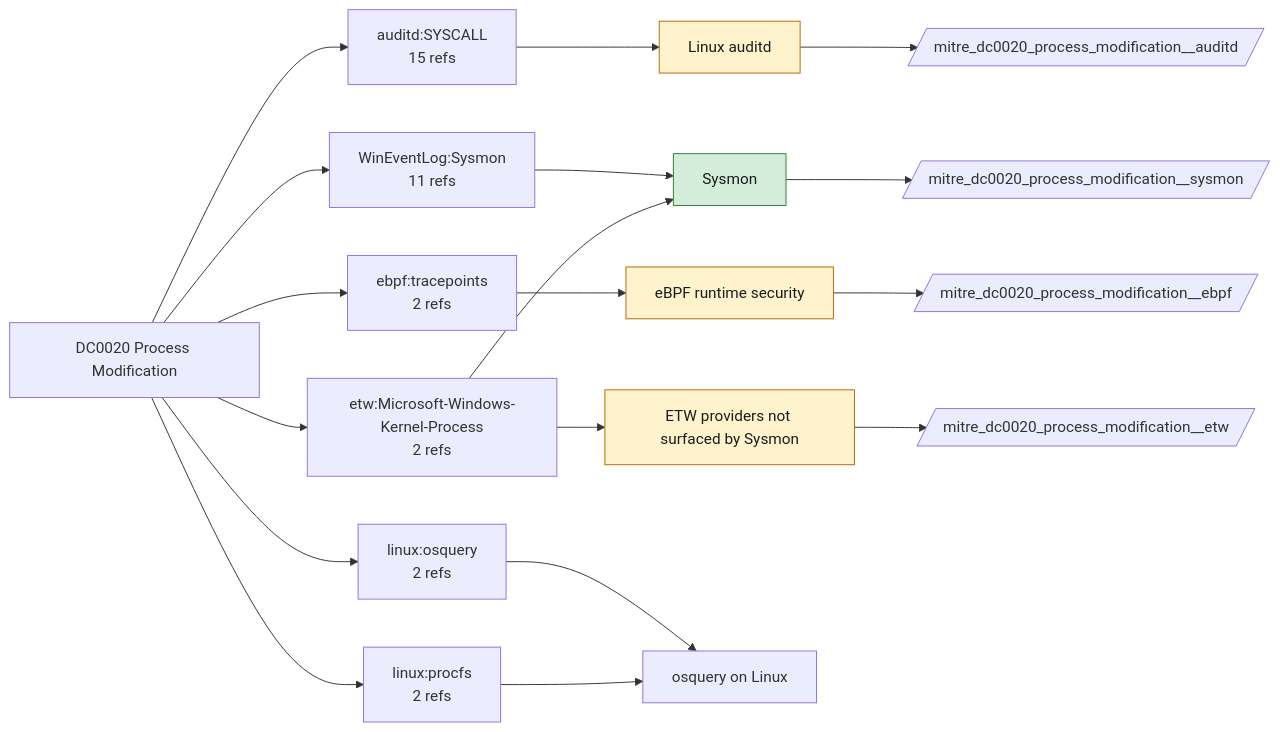
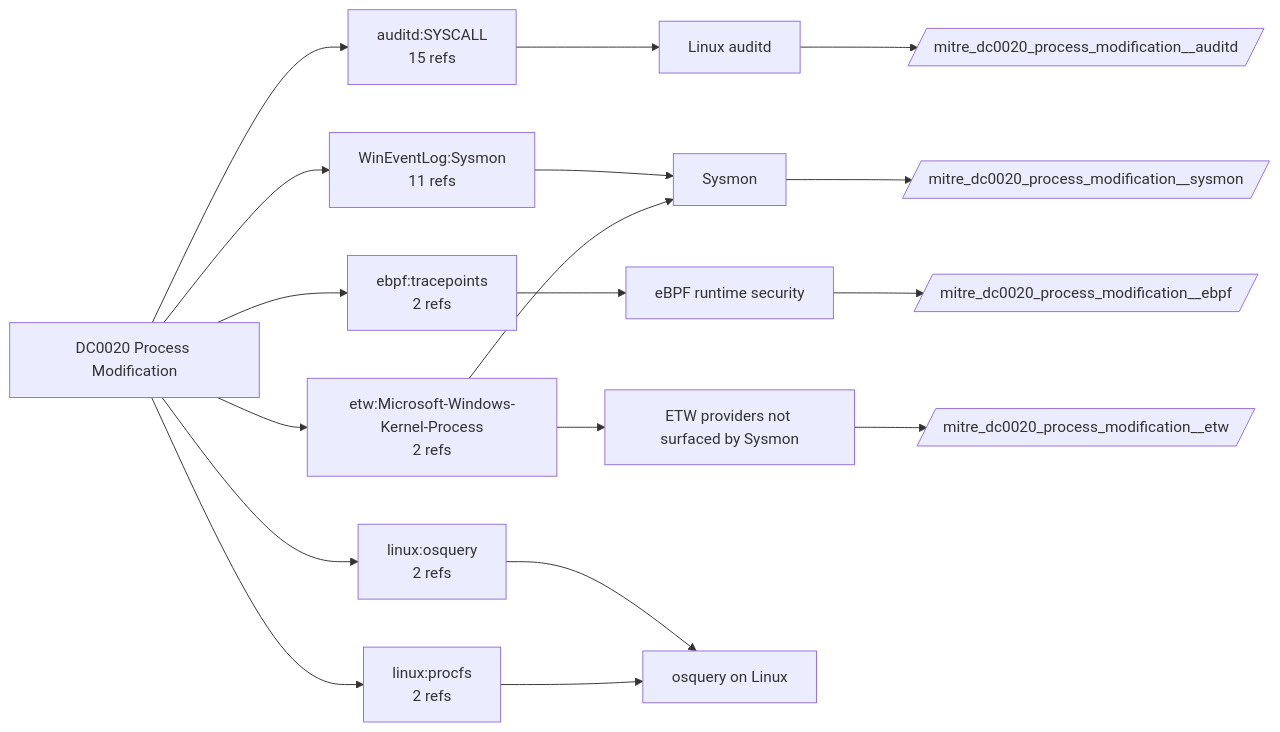
Before and after one commit to dev-nobytes-io/mitre-defensive-mappings-spl: the diagram in docs/data-components/DC0020-process-modification.md, drawn with Mermaid. The commit also changed other lines of this file and 366 other files, not shown here.

````diff
--- a/docs/data-components/DC0020-process-modification.md
+++ b/docs/data-components/DC0020-process-modification.md
@@ -19,32 +19,26 @@
 ```mermaid
 flowchart LR
   DC["DC0020 Process Modification"]
   DC --> LS0["auditd:SYSCALL<br/>15 refs"]
   F_auditd["Linux auditd"]
   LS0 --> F_auditd
   DC --> LS1["WinEventLog:Sysmon<br/>11 refs"]
   F_sysmon["Sysmon"]
   LS1 --> F_sysmon
   DC --> LS2["ebpf:tracepoints<br/>2 refs"]
   F_ebpf["eBPF runtime security"]
   LS2 --> F_ebpf
   DC --> LS3["etw:Microsoft-Windows-Kernel-Process<br/>2 refs"]
   F_etw["ETW providers not surfaced by Sysmon"]
   LS3 --> F_etw
   LS3 --> F_sysmon
   DC --> LS4["linux:osquery<br/>2 refs"]
   F_linux_osquery["osquery on Linux"]
   LS4 --> F_linux_osquery
   DC --> LS5["linux:procfs<br/>2 refs"]
   LS5 --> F_linux_osquery
+  F_auditd --> ET_auditd[/"mitre_dc0020_process_modification__auditd"/]
+  F_ebpf --> ET_ebpf[/"mitre_dc0020_process_modification__ebpf"/]
+  F_etw --> ET_etw[/"mitre_dc0020_process_modification__etw"/]
   F_sysmon --> ET_sysmon[/"mitre_dc0020_process_modification__sysmon"/]
-  class F_sysmon live
-  F_auditd --> ET_auditd[/"mitre_dc0020_process_modification__auditd"/]
-  class F_auditd ready
-  F_ebpf --> ET_ebpf[/"mitre_dc0020_process_modification__ebpf"/]
-  class F_ebpf ready
-  F_etw --> ET_etw[/"mitre_dc0020_process_modification__etw"/]
-  class F_etw ready
-  classDef live fill:#d4edda,stroke:#2e7d32,color:#1b1b1b
-  classDef ready fill:#fff3cd,stroke:#b26a00,color:#1b1b1b
 ```
````
